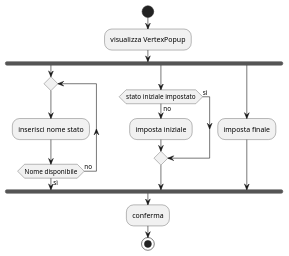
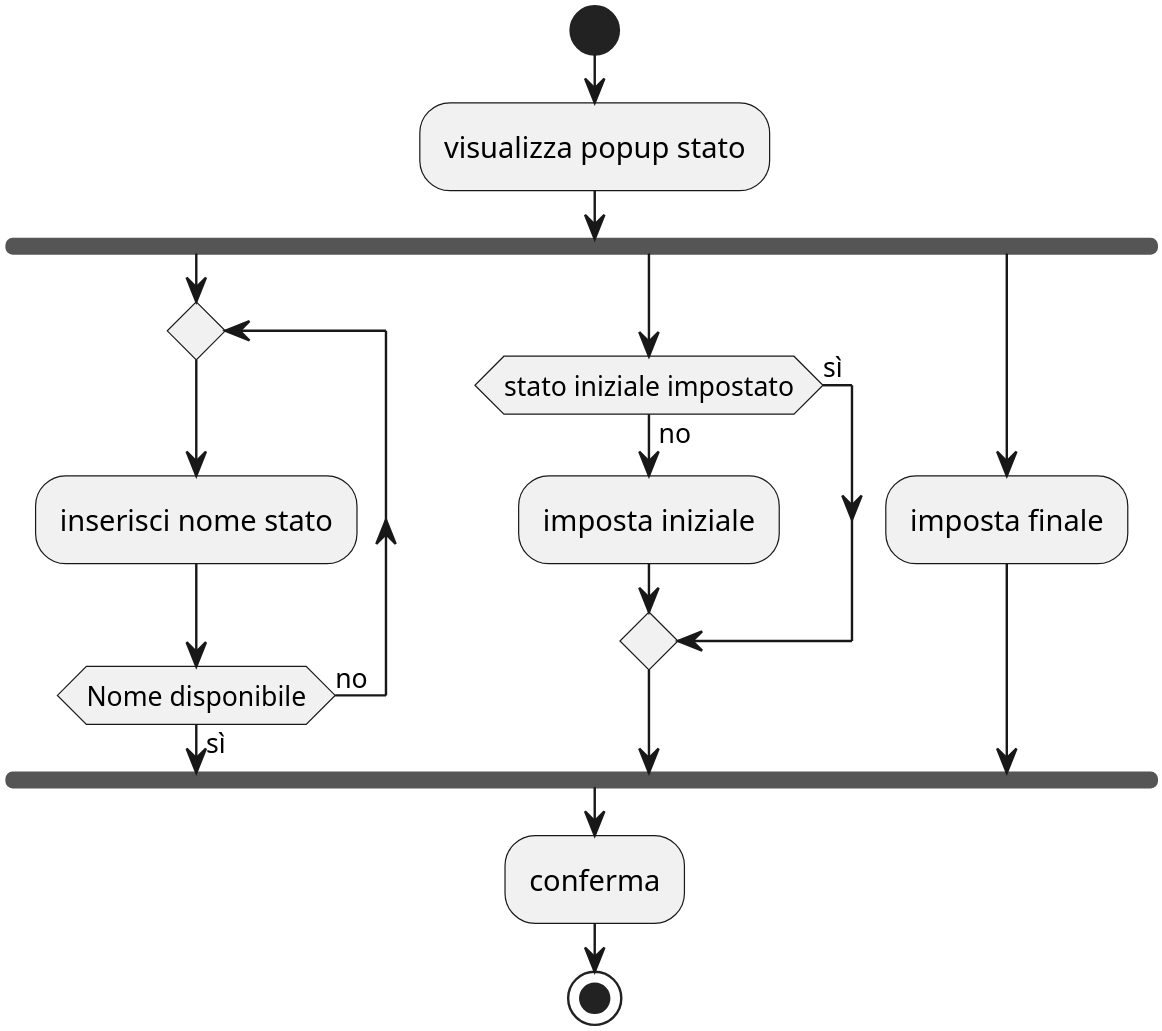
The diagram in plantUML/AddVertexActivity.puml (ZenoBogoni/Word-Automata), drawn with PlantUML before and after one commit. The commit also changed 11 other files, not shown here.

```diff
--- a/plantUML/AddVertexActivity.puml
+++ b/plantUML/AddVertexActivity.puml
@@ -1,18 +1,19 @@
 @startuml
+skinparam dpi 400
 start
-:visualizza VertexPopup;
+:visualizza popup stato;
 fork
     repeat
         :inserisci nome stato;
         repeat while(Nome disponibile) is(no) not(sì)
 fork again
     if (stato iniziale impostato) then (sì)
     else(no) 
         :imposta iniziale;
     endif
 fork again 
 :imposta finale;
 end fork 
 :conferma;
 stop
 @enduml
```
